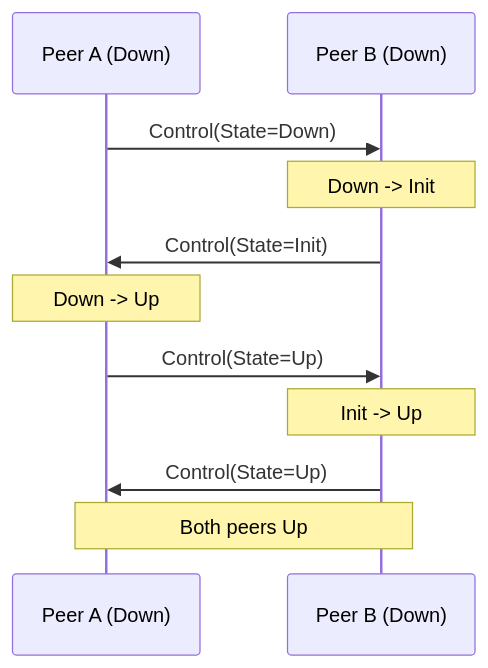
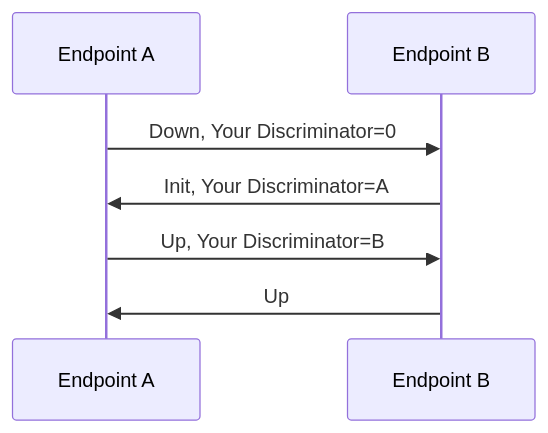
The third of 3 diagrams in docs/en/01-architecture.md (dantte-lp/gobfd), drawn with Mermaid before and after one commit. The commit also changed other lines of this file and 104 other files, not shown here.

````diff
--- a/docs/en/01-architecture.md
+++ b/docs/en/01-architecture.md
@@ -381,14 +110,9 @@
 ```mermaid
 sequenceDiagram
-    participant A as Peer A (Down)
-    participant B as Peer B (Down)
-
-    A->>B: Control(State=Down)
-    Note over B: Down -> Init
-    B->>A: Control(State=Init)
-    Note over A: Down -> Up
-    A->>B: Control(State=Up)
-    Note over B: Init -> Up
-    B->>A: Control(State=Up)
-    Note over A,B: Both peers Up
+    participant A as Endpoint A
+    participant B as Endpoint B
+    A->>B: Down, Your Discriminator=0
+    B->>A: Init, Your Discriminator=A
+    A->>B: Up, Your Discriminator=B
+    B->>A: Up
 ```
````
